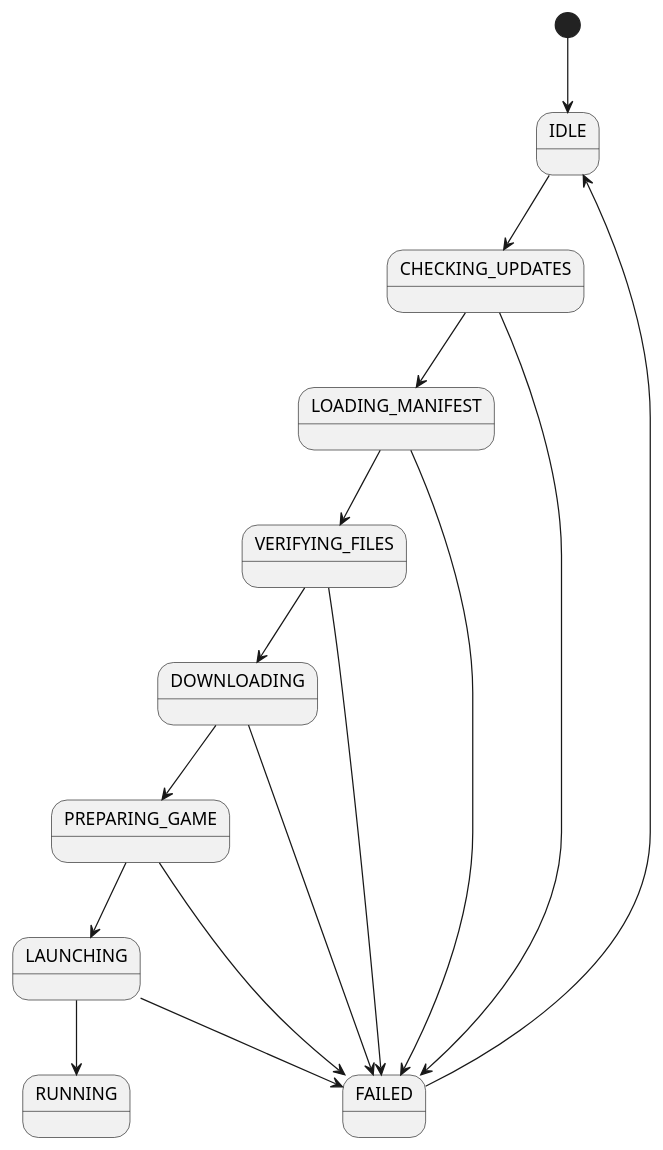
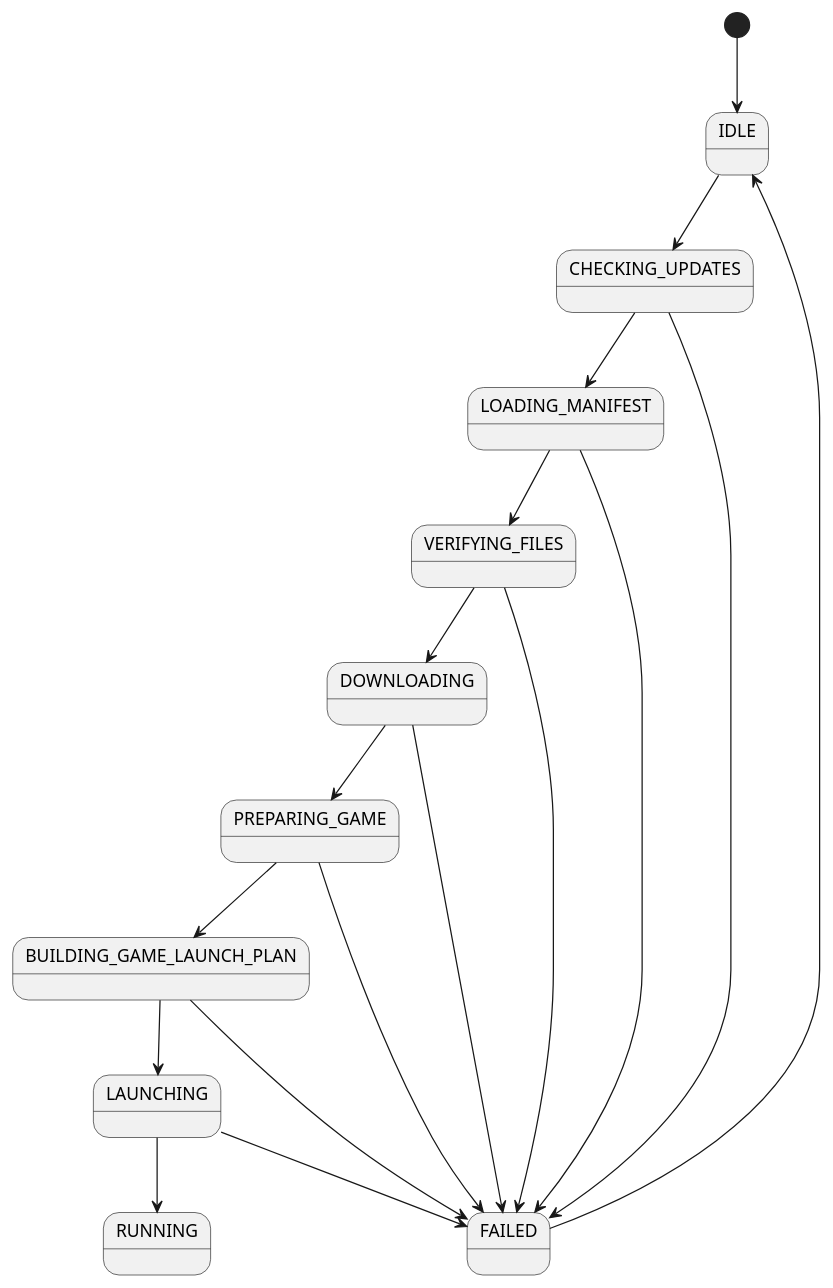
One commit to Hedgerock/Minecraft-launcher changed the diagram in docs/diagrams/launcher/launcher-lifecycle.puml. Above: the diagram before and after it, drawn with PlantUML. The commit also changed 7 other files, not shown here.

Commit message:
docs: document game launch plan lifecycle step

```diff
--- a/docs/diagrams/launcher/launcher-lifecycle.puml
+++ b/docs/diagrams/launcher/launcher-lifecycle.puml
@@ -1,22 +1,24 @@
 @startuml
 
 [*] --> IDLE
 
 IDLE --> CHECKING_UPDATES
 CHECKING_UPDATES --> LOADING_MANIFEST
 LOADING_MANIFEST --> VERIFYING_FILES
 VERIFYING_FILES --> DOWNLOADING
 DOWNLOADING --> PREPARING_GAME
-PREPARING_GAME --> LAUNCHING
+PREPARING_GAME --> BUILDING_GAME_LAUNCH_PLAN
+BUILDING_GAME_LAUNCH_PLAN --> LAUNCHING
 LAUNCHING --> RUNNING
 
 CHECKING_UPDATES --> FAILED
 LOADING_MANIFEST --> FAILED
 VERIFYING_FILES --> FAILED
 DOWNLOADING --> FAILED
 PREPARING_GAME --> FAILED
+BUILDING_GAME_LAUNCH_PLAN --> FAILED
 LAUNCHING --> FAILED
 
 FAILED --> IDLE
 
 @enduml
```
